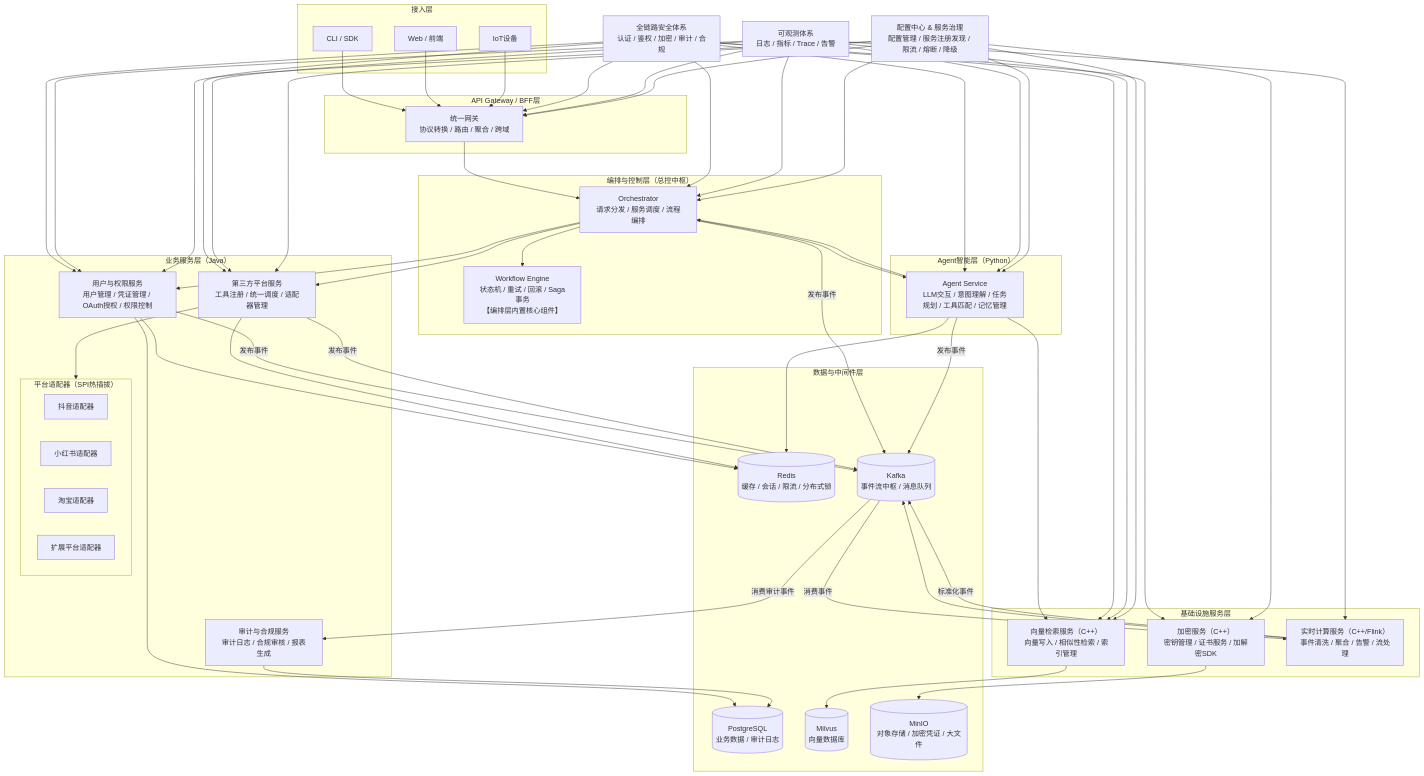
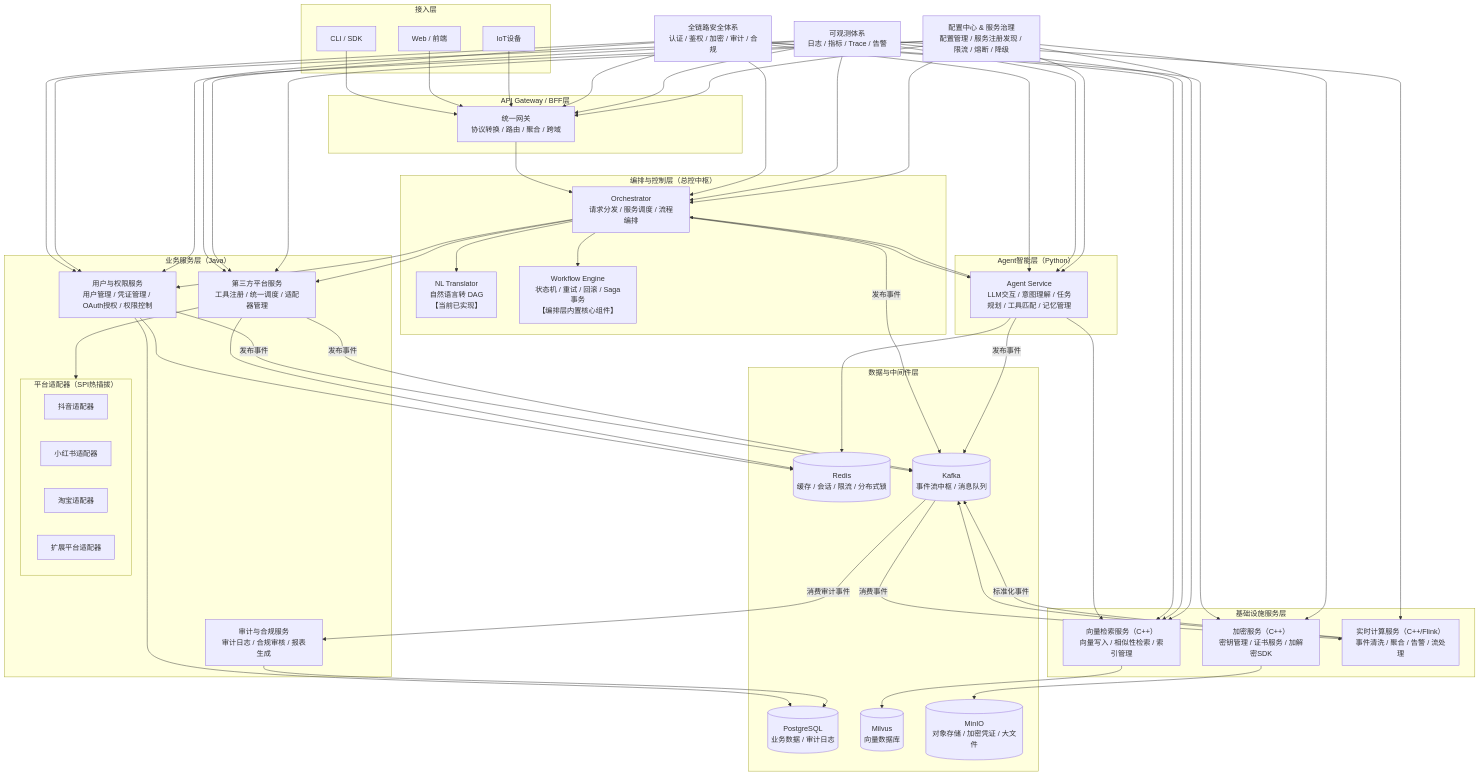
One commit to SUSTechWLA/lingxi-ai-operation-system changed the second of 2 diagrams in README.md. Above: the diagram before and after it, drawn with Mermaid. The commit also changed other lines of this file, not shown here.

```diff
--- a/README.md
+++ b/README.md
@@ -29,6 +78,7 @@
     %% ================= 编排与控制层（全请求唯一入口）=================
     subgraph O1 ["编排与控制层（总控中枢）"]
         O["Orchestrator<br>请求分发 / 服务调度 / 流程编排"]
+        NL["NL Translator<br>自然语言转 DAG<br>【当前已实现】"]
         WF["Workflow Engine<br>状态机 / 重试 / 回滚 / Saga事务<br>【编排层内置核心组件】"]
     end
 
@@ -74,6 +124,7 @@
     G --> O
 
     %% 编排层 → 核心能力调度
+    O --> NL
     O --> B
     O --> C1
     O --> C2
```
